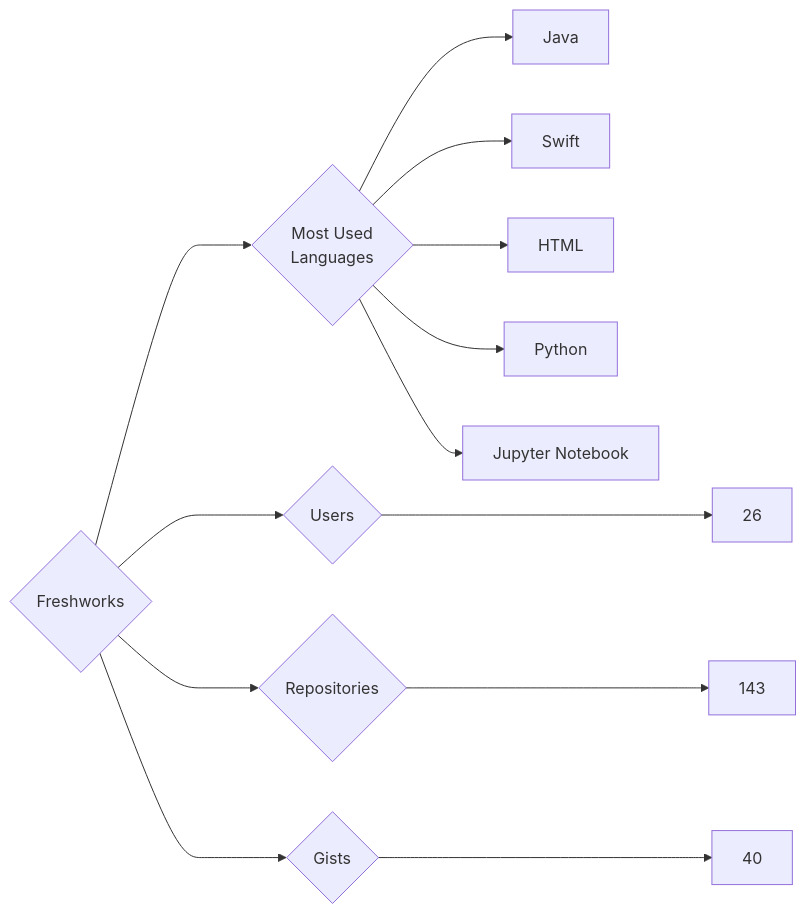
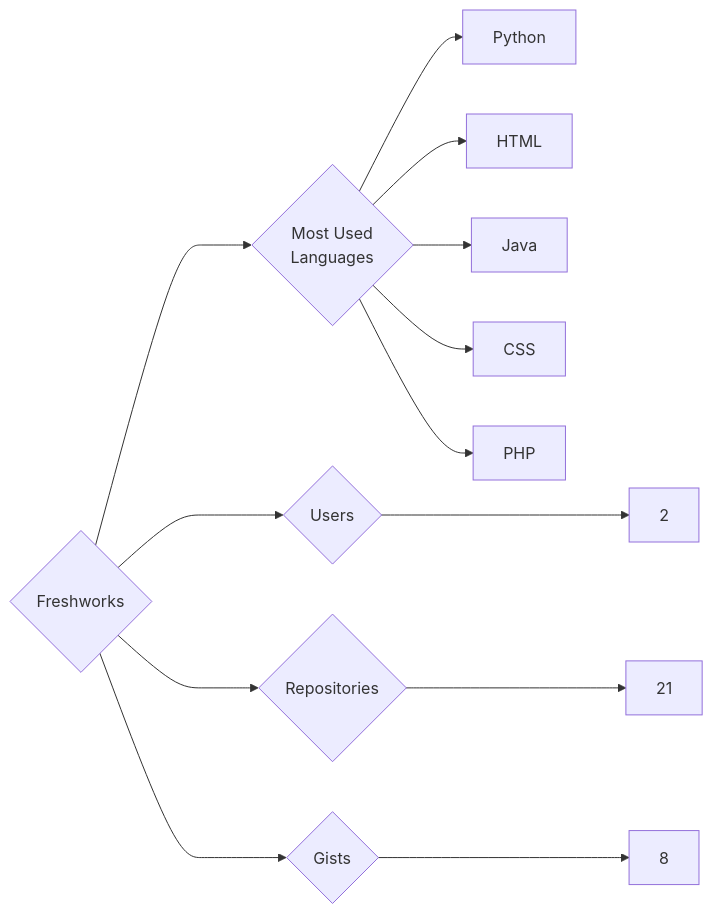
One commit to trickest/insiders changed the diagram in targets/Freshworks/README.md. Above: the diagram before and after it, drawn with Mermaid. The commit also changed 721 other files, not shown here.

````diff
--- a/targets/Freshworks/README.md
+++ b/targets/Freshworks/README.md
@@ -3,13 +3,13 @@
 ```mermaid
 graph LR
 COMPANY_NAME{Freshworks}
-COMPANY_NAME ---> U{Users} ---> UN[26]
-COMPANY_NAME ---> R{Repositories} ---> RN[143]
-COMPANY_NAME ---> G{Gists} ---> GN[40]
+COMPANY_NAME ---> U{Users} ---> UN[2]
+COMPANY_NAME ---> R{Repositories} ---> RN[21]
+COMPANY_NAME ---> G{Gists} ---> GN[8]
 COMPANY_NAME ---> ML{Most Used<br>Languages}
+ML --> Python[Python]
+ML --> HTML[HTML]
 ML --> Java[Java]
-ML --> Swift[Swift]
-ML --> HTML[HTML]
-ML --> Python[Python]
-ML --> Jupyter_Notebook[Jupyter Notebook]
+ML --> CSS[CSS]
+ML --> PHP[PHP]
 ```
````
